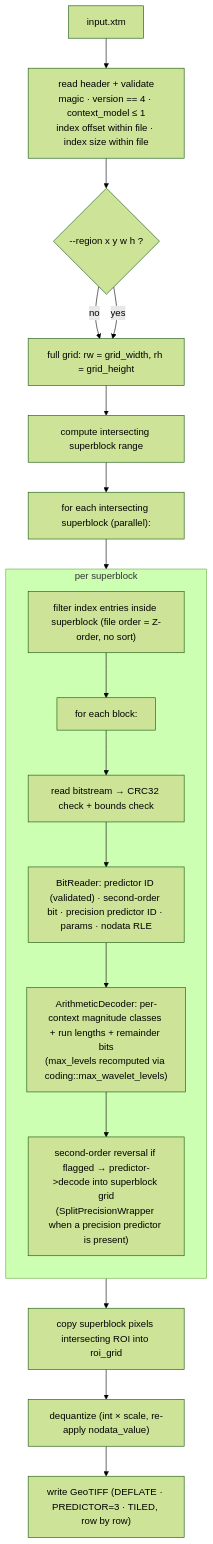
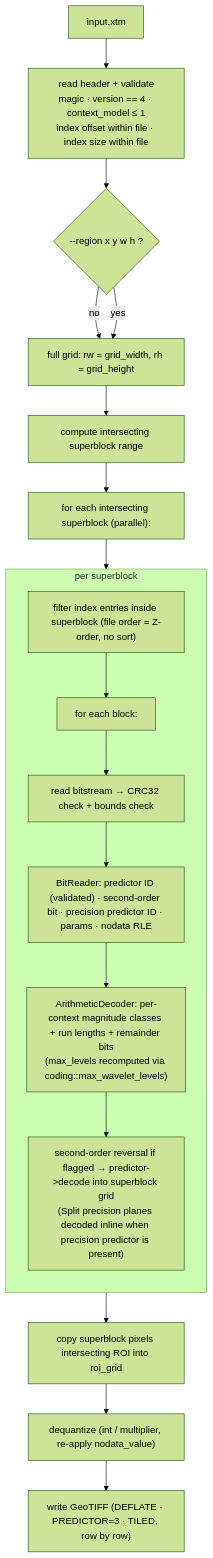
The eighth of 10 diagrams in docs/pipeline.md (yashwk/libxtm), drawn with Mermaid (forest theme) before and after one commit. The commit also changed other lines of this file and 49 other files, not shown here.

````diff
--- a/docs/pipeline.md
+++ b/docs/pipeline.md
@@ -353,24 +354,24 @@
 ```mermaid
 flowchart TB
     X["input.xtm"] --> H["read header + validate<br/>magic · version == 4 · context_model ≤ 1<br/>index offset within file · index size within file"]
     H --> ROI{"--region x y w h ?"}
     ROI -- no --> ROI2["full grid: rw = grid_width, rh = grid_height"]
     ROI -- yes --> ROI2
     ROI2 --> SBX["compute intersecting superblock range"]
     SBX --> WORK["for each intersecting superblock (parallel):"]
 
     subgraph SB["per superblock"]
         direction TB
         W1["filter index entries inside superblock (file order = Z-order, no sort)"]
         W2["for each block:"]
         W3["read bitstream → CRC32 check + bounds check"]
         W4["BitReader: predictor ID (validated) · second-order bit · precision predictor ID · params · nodata RLE"]
         W5["ArithmeticDecoder: per-context magnitude classes + run lengths + remainder bits<br/>(max_levels recomputed via coding::max_wavelet_levels)"]
-        W6["second-order reversal if flagged → predictor->decode into superblock grid<br/>(SplitPrecisionWrapper when a precision predictor is present)"]
+        W6["second-order reversal if flagged → predictor->decode into superblock grid<br/>(Split precision planes decoded inline when precision predictor is present)"]
         W1 --> W2 --> W3 --> W4 --> W5 --> W6
     end
 
     WORK --> SB --> MERGE["copy superblock pixels intersecting ROI into roi_grid"]
-    MERGE --> DQ["dequantize (int × scale, re-apply nodata_value)"]
+    MERGE --> DQ["dequantize (int / multiplier, re-apply nodata_value)"]
     DQ --> OUT["write GeoTIFF (DEFLATE · PREDICTOR=3 · TILED, row by row)"]
 ```
````
